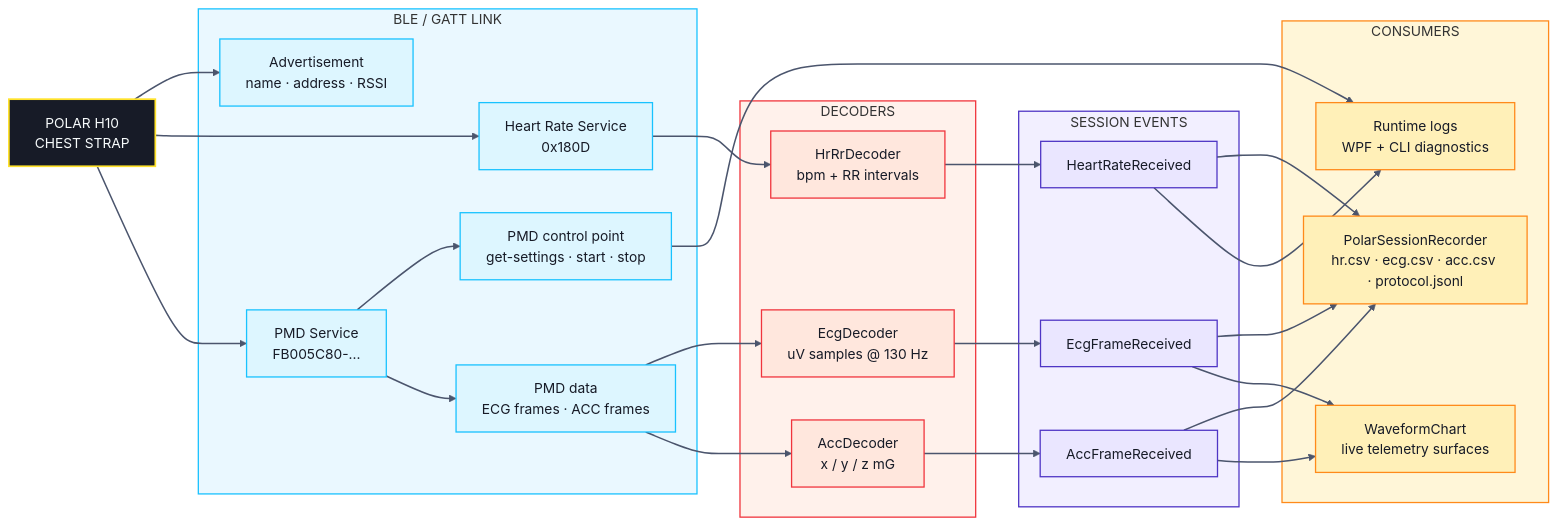
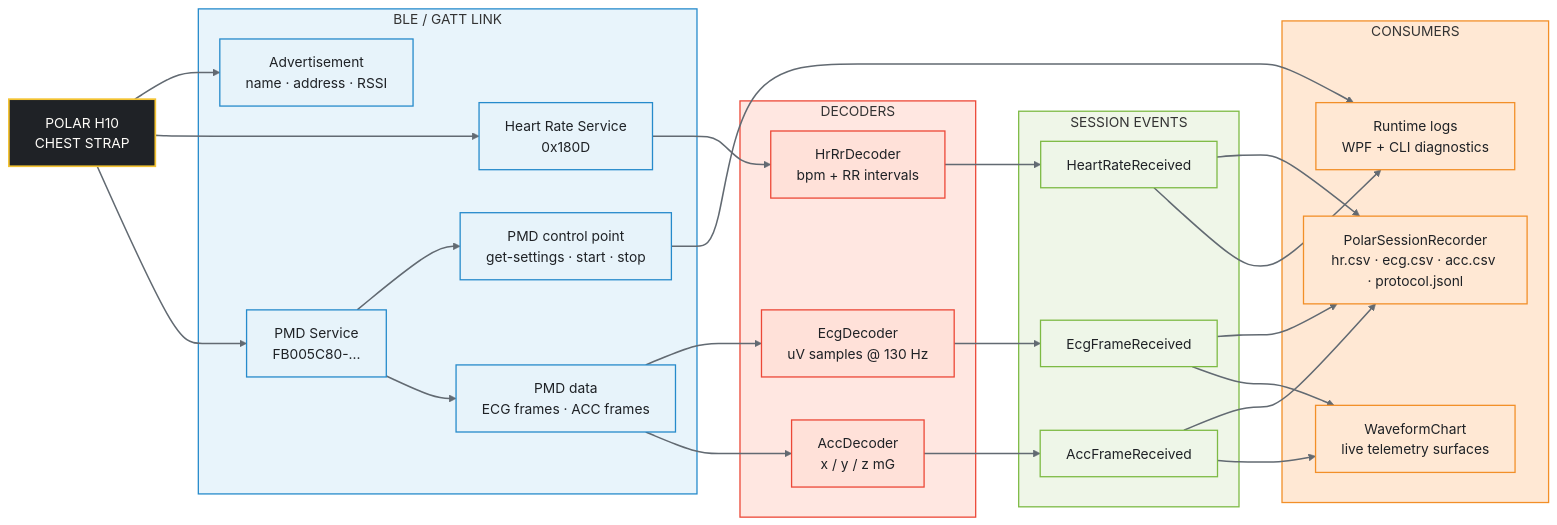
The diagram in docs/diagrams/data-flow.mmd (MesmerPrism/PolarH10), drawn with Mermaid before and after one commit. The commit also changed 12 other files, not shown here.

Commit message:
Refine Pages theme and Mermaid viewer

```diff
--- a/docs/diagrams/data-flow.mmd
+++ b/docs/diagrams/data-flow.mmd
@@ -1,65 +1,65 @@
 %% Live data path from the Polar H10 into runtime consumers.
 
 flowchart LR
     H10["POLAR H10<br/>CHEST STRAP"]
 
     subgraph Link["BLE / GATT LINK"]
         ADV["Advertisement<br/>name · address · RSSI"]
         HRS["Heart Rate Service<br/>0x180D"]
         PMD["PMD Service<br/>FB005C80-..."]
         CTRL["PMD control point<br/>get-settings · start · stop"]
         DATA["PMD data<br/>ECG frames · ACC frames"]
     end
 
     subgraph Decode["DECODERS"]
         DHR["HrRrDecoder<br/>bpm + RR intervals"]
         DECG["EcgDecoder<br/>uV samples @ 130 Hz"]
         DACC["AccDecoder<br/>x / y / z mG"]
     end
 
     subgraph Session["SESSION EVENTS"]
         SHR["HeartRateReceived"]
         SECG["EcgFrameReceived"]
         SACC["AccFrameReceived"]
     end
 
     subgraph Output["CONSUMERS"]
         REC["PolarSessionRecorder<br/>hr.csv · ecg.csv · acc.csv · protocol.jsonl"]
         CHART["WaveformChart<br/>live telemetry surfaces"]
         LOG["Runtime logs<br/>WPF + CLI diagnostics"]
     end
 
     H10 --> ADV
     H10 --> HRS
     H10 --> PMD
     PMD --> CTRL
     PMD --> DATA
 
     HRS --> DHR --> SHR
     DATA --> DECG --> SECG
     DATA --> DACC --> SACC
 
     SHR --> REC
     SECG --> REC
     SACC --> REC
     SHR --> LOG
     SECG --> CHART
     SACC --> CHART
     CTRL --> LOG
 
-    style Link fill:#EAF8FF,stroke:#18C2FF,stroke-width:1.5px;
-    style Decode fill:#FFF1EB,stroke:#F0343C,stroke-width:1.5px;
-    style Session fill:#F2EFFF,stroke:#4E35C5,stroke-width:1.5px;
-    style Output fill:#FFF6D8,stroke:#FF8A1A,stroke-width:1.5px;
+    style Link fill:#E8F4FB,stroke:#258ACB,stroke-width:1.5px;
+    style Decode fill:#FFE7E1,stroke:#EC4736,stroke-width:1.5px;
+    style Session fill:#EFF6E8,stroke:#7DBA44,stroke-width:1.5px;
+    style Output fill:#FFE8D4,stroke:#F28F28,stroke-width:1.5px;
 
-    classDef hardware fill:#171B27,stroke:#FFE22B,color:#F7FBFC,stroke-width:2px;
-    classDef link fill:#DDF6FF,stroke:#18C2FF,color:#171B27,stroke-width:1.5px;
-    classDef decode fill:#FFE7DD,stroke:#F0343C,color:#171B27,stroke-width:1.5px;
-    classDef session fill:#EAE6FF,stroke:#4E35C5,color:#171B27,stroke-width:1.5px;
-    classDef output fill:#FFF0B8,stroke:#FF8A1A,color:#171B27,stroke-width:1.5px;
+    classDef hardware fill:#1F2226,stroke:#F3C333,color:#FFFDF9,stroke-width:2px;
+    classDef link fill:#E7F3FA,stroke:#258ACB,color:#1F2226,stroke-width:1.5px;
+    classDef decode fill:#FFE1D9,stroke:#EC4736,color:#1F2226,stroke-width:1.5px;
+    classDef session fill:#EEF6E8,stroke:#7DBA44,color:#1F2226,stroke-width:1.5px;
+    classDef output fill:#FFE8D4,stroke:#F28F28,color:#1F2226,stroke-width:1.5px;
     class H10 hardware;
     class ADV,HRS,PMD,CTRL,DATA link;
     class DHR,DECG,DACC decode;
     class SHR,SECG,SACC session;
     class REC,CHART,LOG output;
-    linkStyle default stroke:#4B556D,stroke-width:1.8px;
+    linkStyle default stroke:#626A72,stroke-width:1.8px;
```
